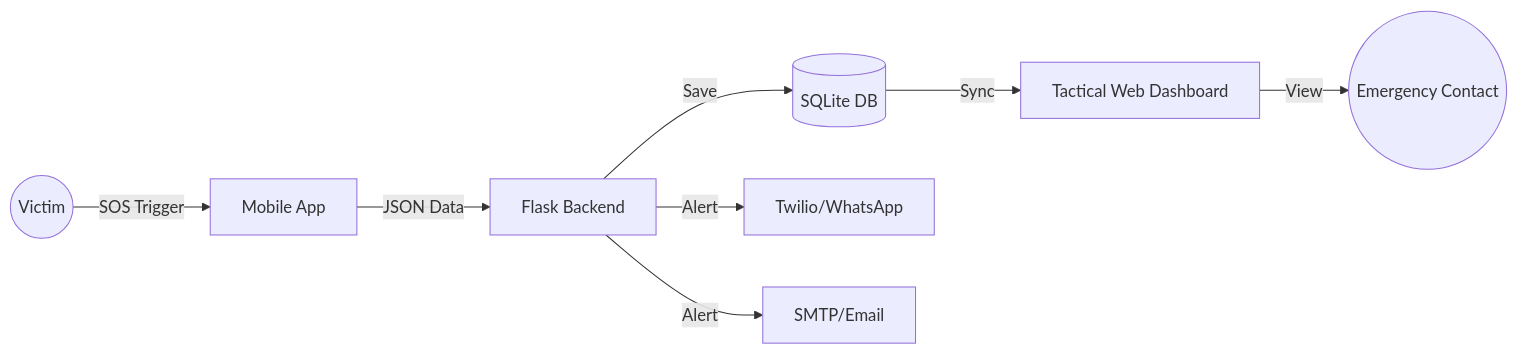
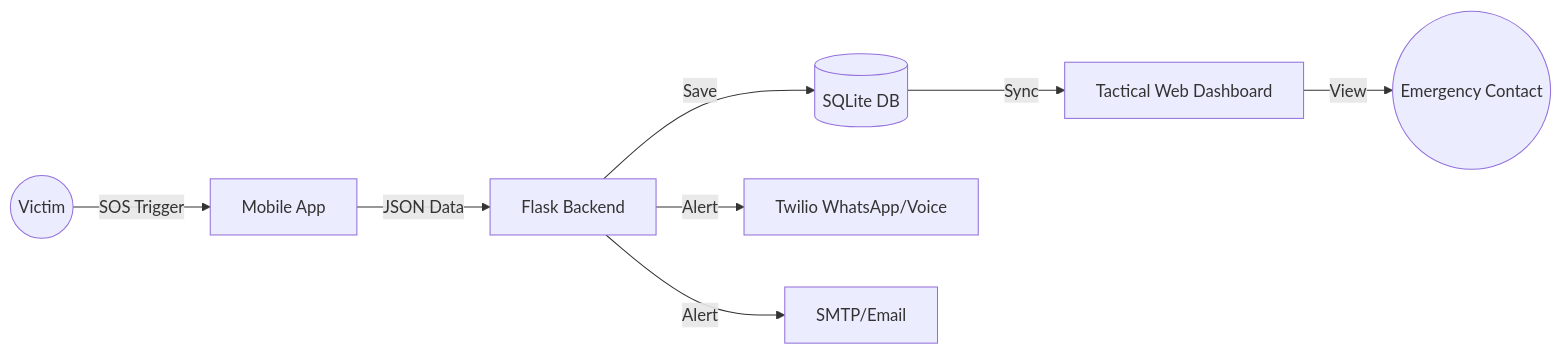
Before and after one commit to Kumar2029/Emergency-Alert-App: the second of 4 diagrams in Guardian_Elite_Final_Report.md, drawn with Mermaid. The commit also changed other lines of this file and 6 other files, not shown here.

````diff
--- a/Guardian_Elite_Final_Report.md
+++ b/Guardian_Elite_Final_Report.md
@@ -108,10 +101,10 @@
 ```mermaid
 graph LR
     User((Victim)) -- SOS Trigger --> Mobile[Mobile App]
     Mobile -- JSON Data --> API[Flask Backend]
     API -- Save --> DB[(SQLite DB)]
-    API -- Alert --> Twilio[Twilio/WhatsApp]
+    API -- Alert --> Twilio[Twilio WhatsApp/Voice]
     API -- Alert --> Email[SMTP/Email]
     DB -- Sync --> HUD[Tactical Web Dashboard]
     HUD -- View --> Contact((Emergency Contact))
 ```
````
